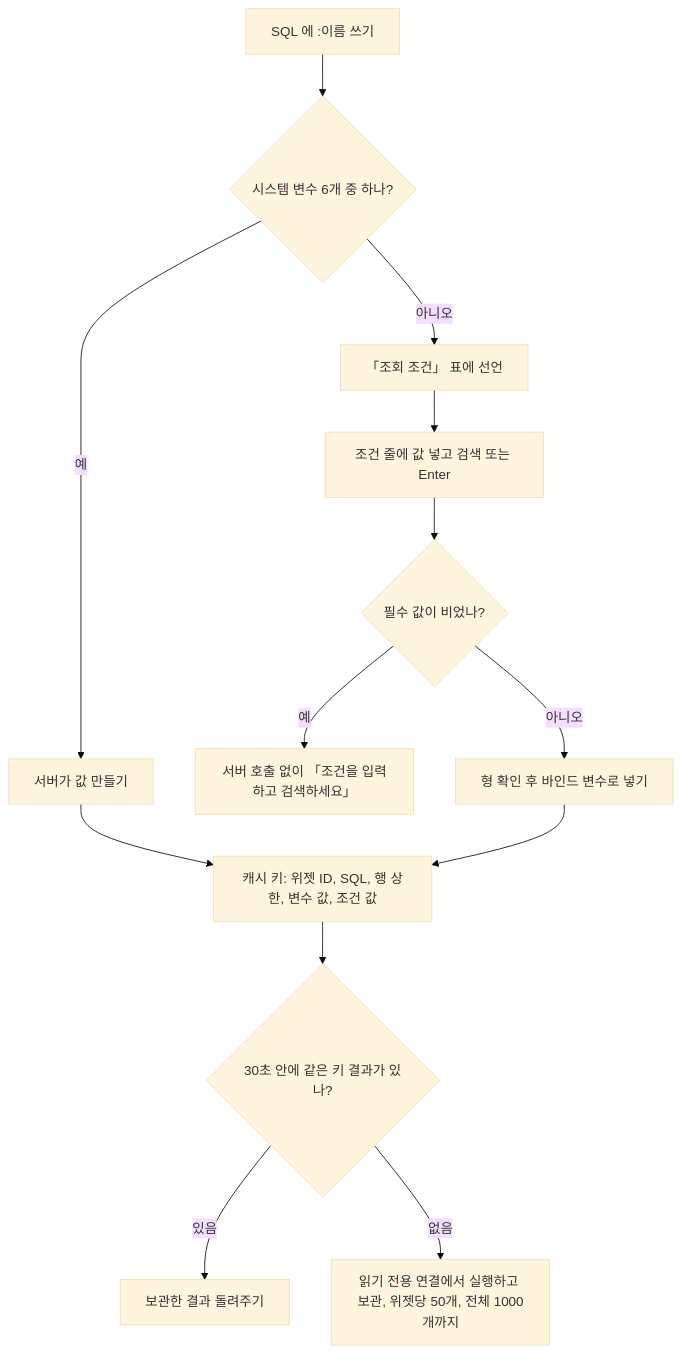
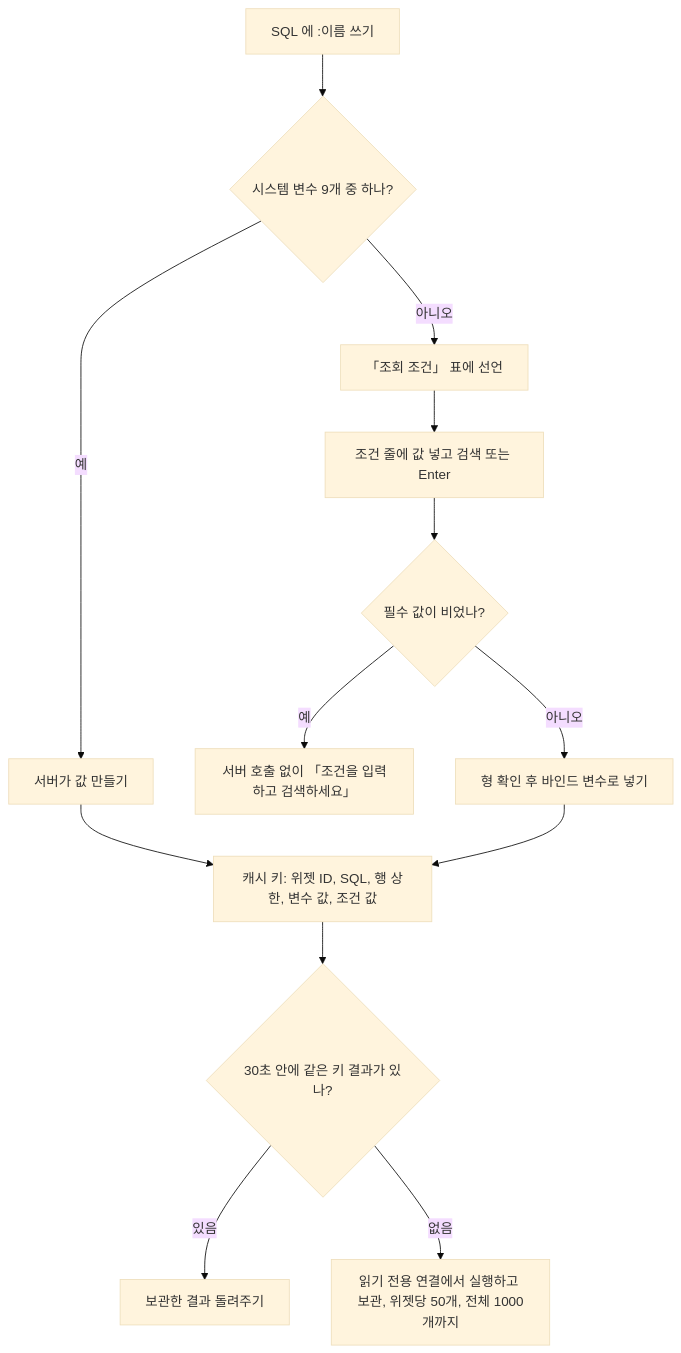
Before and after one commit to jongik-sv/dmes-standard: the third of 6 diagrams in docs/guide/FrontEnd/Widget-Authoring-Guide.md, drawn with Mermaid (base theme). The commit also changed other lines of this file and 4 other files, not shown here.

````diff
--- a/docs/guide/FrontEnd/Widget-Authoring-Guide.md
+++ b/docs/guide/FrontEnd/Widget-Authoring-Guide.md
@@ -208,11 +213,11 @@
 ```mermaid
 flowchart TB
-  A["SQL 에 :이름 쓰기"] --> B{"시스템 변수 6개 중 하나?"}
+  A["SQL 에 :이름 쓰기"] --> B{"시스템 변수 9개 중 하나?"}
   B -->|"예"| S["서버가 값 만들기"] --> K["캐시 키: 위젯 ID, SQL, 행 상한, 변수 값, 조건 값"]
   B -->|"아니오"| C["「조회 조건」 표에 선언"] --> E["조건 줄에 값 넣고 검색 또는 Enter"] --> F{"필수 값이 비었나?"}
   F -->|"예"| G["서버 호출 없이 「조건을 입력하고 검색하세요」"]
   F -->|"아니오"| H["형 확인 후 바인드 변수로 넣기"] --> K
   K --> L{"30초 안에 같은 키 결과가 있나?"}
   L -->|"있음"| M["보관한 결과 돌려주기"]
   L -->|"없음"| N["읽기 전용 연결에서 실행하고 보관, 위젯당 50개, 전체 1000개까지"]
 ```
````
